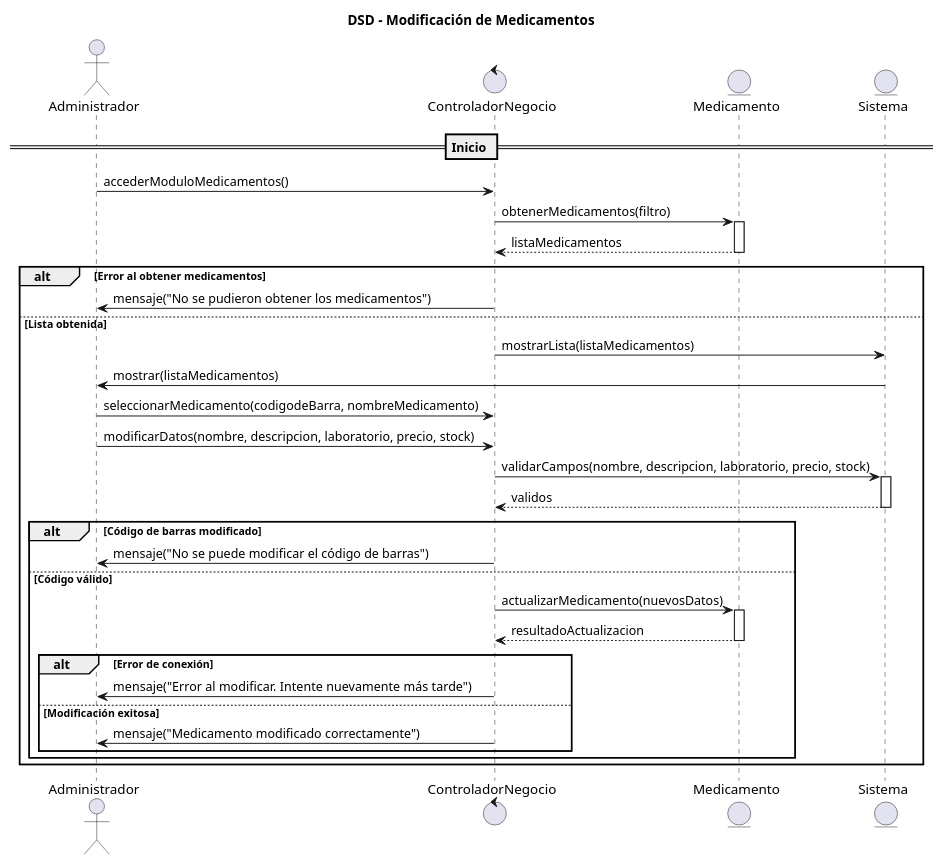
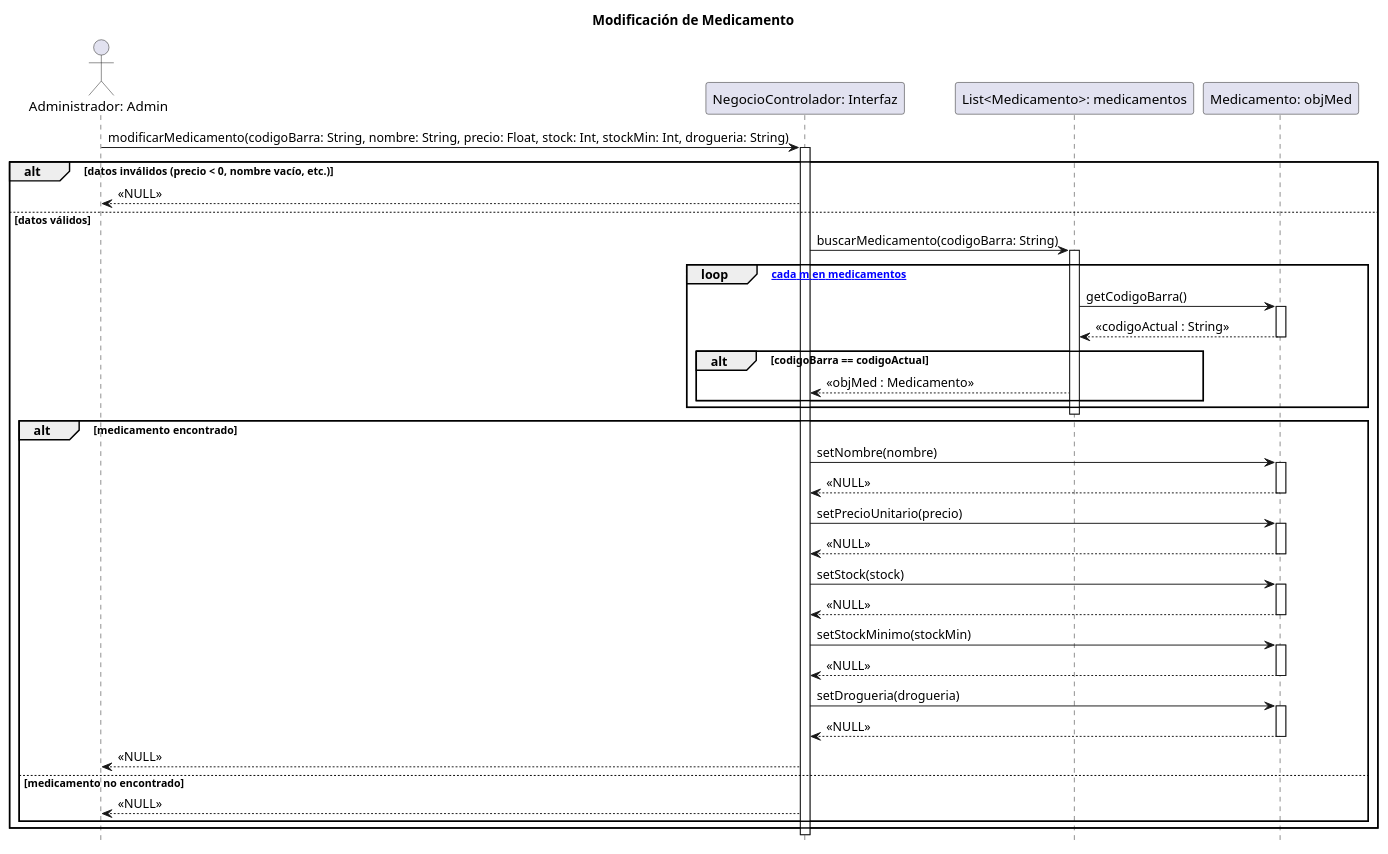
Before and after one commit to zEzequR/PF-I: the diagram in 08 - Diagramas de Secuencia de Diseño/ModificacionMedicamento/DSD-ModificacionMedicamento.wsd, drawn with PlantUML. The commit also changed 3 other files, not shown here.

```diff
--- a/08 - Diagramas de Secuencia de Diseño/ModificacionMedicamento/DSD-ModificacionMedicamento.wsd
+++ b/08 - Diagramas de Secuencia de Diseño/ModificacionMedicamento/DSD-ModificacionMedicamento.wsd
@@ -1,50 +1,69 @@
 @startuml
-title DSD - Modificación de Medicamentos
+title Modificación de Medicamento
 
-actor Administrador
-control ControladorNegocio
-entity Medicamento
-entity Sistema
+hide footbox
 
-== Inicio ==
+actor "Administrador: Admin" as admin
+participant "NegocioControlador: Interfaz" as NegCtrl
+participant "List<Medicamento>: medicamentos" as listaMeds
+participant "Medicamento: objMed" as med
 
-Administrador -> ControladorNegocio: accederModuloMedicamentos()
+admin -> NegCtrl : modificarMedicamento(codigoBarra: String, nombre: String, precio: Float, stock: Int, stockMin: Int, drogueria: String)
+activate NegCtrl
 
-ControladorNegocio -> Medicamento: obtenerMedicamentos(filtro)
-activate Medicamento
-Medicamento --> ControladorNegocio: listaMedicamentos
-deactivate Medicamento
+    alt datos inválidos (precio < 0, nombre vacío, etc.)
+        NegCtrl --> admin : << NULL >>
+    else datos válidos
+        
+        NegCtrl -> listaMeds : buscarMedicamento(codigoBarra: String)
+        activate listaMeds
+        
+        loop [para cada m en medicamentos]
+            listaMeds -> med : getCodigoBarra()
+            activate med
+            med --> listaMeds : << codigoActual : String >>
+            deactivate med
+            
+            alt codigoBarra == codigoActual
+                listaMeds --> NegCtrl : << objMed : Medicamento >>
+            end
+        end
+        deactivate listaMeds
 
-alt Error al obtener medicamentos
-    ControladorNegocio -> Administrador: mensaje("No se pudieron obtener los medicamentos")
-else Lista obtenida
-    ControladorNegocio -> Sistema: mostrarLista(listaMedicamentos)
-    Sistema -> Administrador: mostrar(listaMedicamentos)
+        alt medicamento encontrado
+            
+            NegCtrl -> med : setNombre(nombre)
+            activate med
+            med --> NegCtrl : <<NULL>>
+            deactivate med
 
-    Administrador -> ControladorNegocio: seleccionarMedicamento(codigodeBarra, nombreMedicamento)
+            NegCtrl -> med : setPrecioUnitario(precio)
+            activate med
+            med --> NegCtrl : <<NULL>>
+            deactivate med
+            
+            NegCtrl -> med : setStock(stock)
+            activate med
+            med --> NegCtrl : <<NULL>>
+            deactivate med
 
-    Administrador -> ControladorNegocio: modificarDatos(nombre, descripcion, laboratorio, precio, stock)
+            NegCtrl -> med : setStockMinimo(stockMin)
+            activate med
+            med --> NegCtrl : <<NULL>>
+            deactivate med
 
-    ControladorNegocio -> Sistema: validarCampos(nombre, descripcion, laboratorio, precio, stock)
-    activate Sistema
-    Sistema --> ControladorNegocio: validos
-    deactivate Sistema
+            NegCtrl -> med : setDrogueria(drogueria)
+            activate med
+            med --> NegCtrl : <<NULL>>
+            deactivate med
+            
+            NegCtrl --> admin : << NULL >>
 
-    alt Código de barras modificado
-        ControladorNegocio -> Administrador: mensaje("No se puede modificar el código de barras")
-    else Código válido
+        else medicamento no encontrado
+            NegCtrl --> admin : << NULL >>
+        end
 
-        ControladorNegocio -> Medicamento: actualizarMedicamento(nuevosDatos)
-        activate Medicamento
-        Medicamento --> ControladorNegocio: resultadoActualizacion
-        deactivate Medicamento
+    end
 
-        alt Error de conexión
-            ControladorNegocio -> Administrador: mensaje("Error al modificar. Intente nuevamente más tarde")
-        else Modificación exitosa
-            ControladorNegocio -> Administrador: mensaje("Medicamento modificado correctamente")
-        end
-    end
-end
-
+deactivate NegCtrl
 @enduml
```
